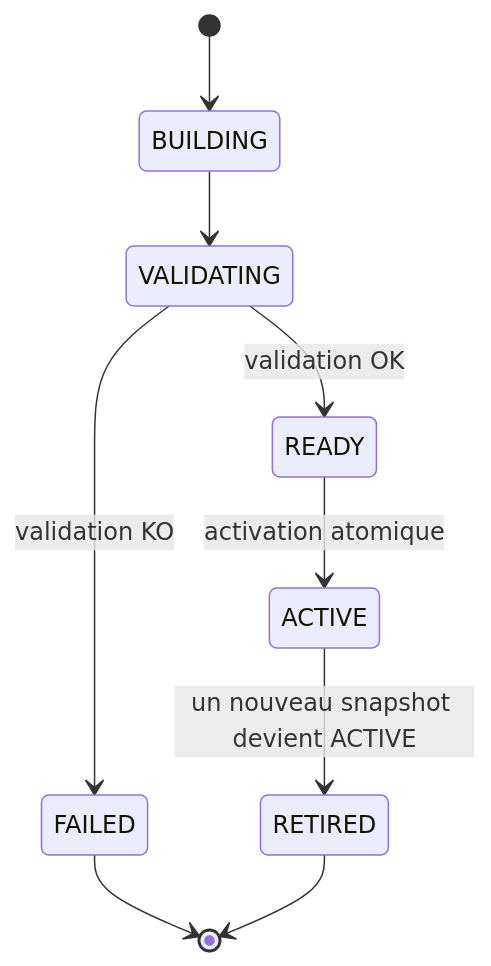
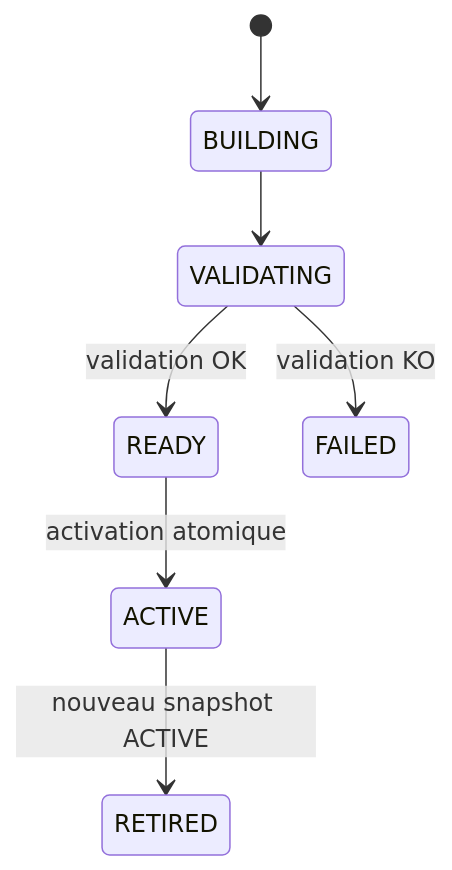
The second of 2 diagrams in docs/user/QUICKSTART.md (FTurleque/morpheus-engine), drawn with Mermaid before and after one commit. The commit also changed other lines of this file, not shown here.

````diff
--- a/docs/user/QUICKSTART.md
+++ b/docs/user/QUICKSTART.md
@@ -103,11 +86,9 @@
 ```mermaid
 stateDiagram-v2
     [*] --> BUILDING
     BUILDING --> VALIDATING
     VALIDATING --> READY: validation OK
     VALIDATING --> FAILED: validation KO
     READY --> ACTIVE: activation atomique
-    ACTIVE --> RETIRED: un nouveau snapshot devient ACTIVE
-    FAILED --> [*]
-    RETIRED --> [*]
+    ACTIVE --> RETIRED: nouveau snapshot ACTIVE
 ```
````
